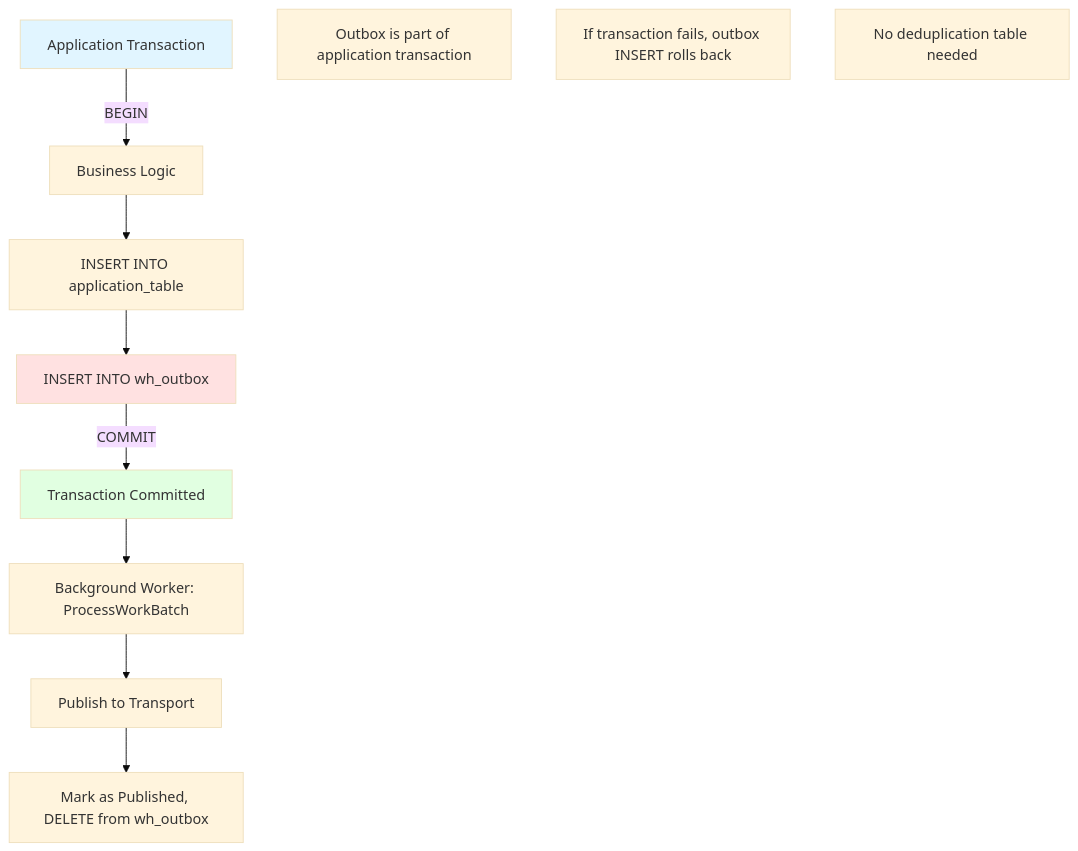
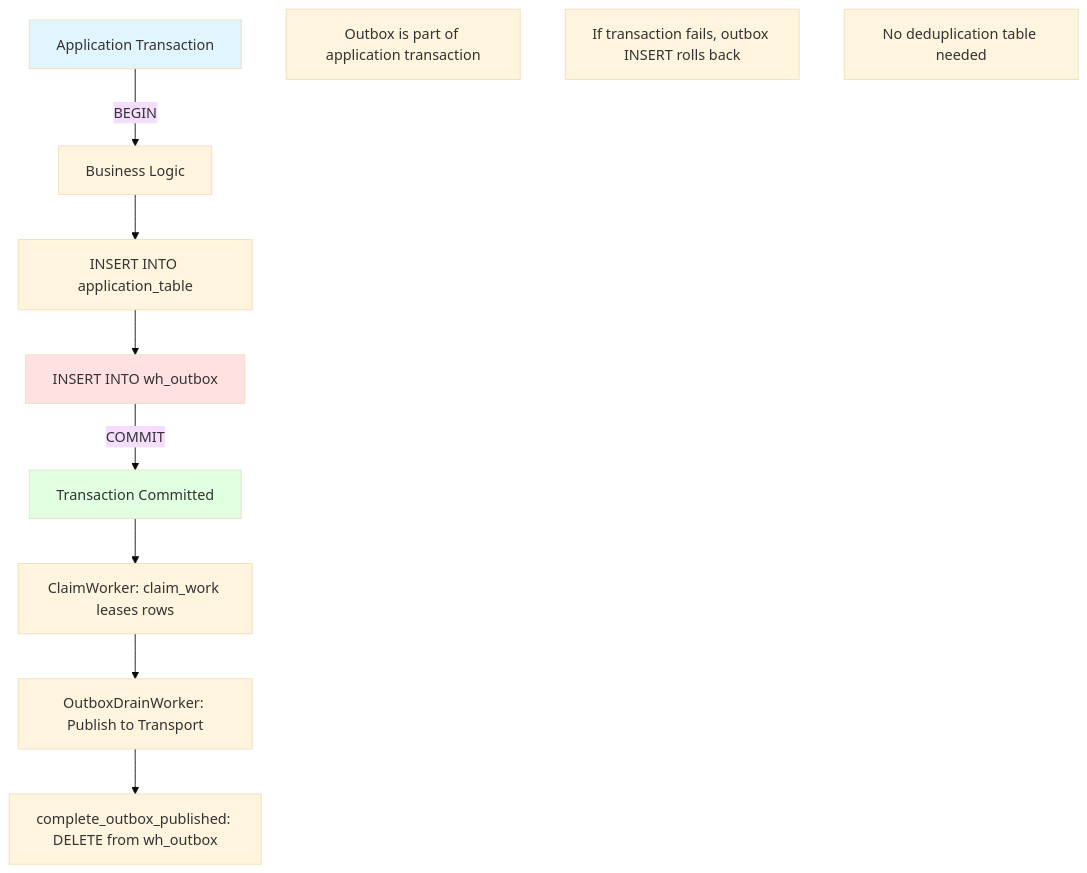
Before and after one commit to whizbang-lib/whizbang-lib.github.io: the ninth of 12 diagrams in src/assets/docs/v1.0.0/messaging/multi-instance-coordination.md, drawn with Mermaid (base theme). The commit also changed other lines of this file and 7 other files, not shown here.

````diff
--- a/src/assets/docs/v1.0.0/messaging/multi-instance-coordination.md
+++ b/src/assets/docs/v1.0.0/messaging/multi-instance-coordination.md
@@ -359,19 +368,19 @@
 ```mermaid
 graph TD
     A[Application Transaction] -->|BEGIN| B[Business Logic]
     B --> C[INSERT INTO application_table]
     C --> D[INSERT INTO wh_outbox]
     D -->|COMMIT| E[Transaction Committed]
 
-    E --> F[Background Worker: ProcessWorkBatch]
-    F --> G[Publish to Transport]
-    G --> H[Mark as Published, DELETE from wh_outbox]
+    E --> F[ClaimWorker: claim_work leases rows]
+    F --> G[OutboxDrainWorker: Publish to Transport]
+    G --> H[complete_outbox_published: DELETE from wh_outbox]
 
     style A fill:#e1f5ff
     style D fill:#ffe1e1
     style E fill:#e1ffe1
 
     Note1[Outbox is part of application transaction]
     Note2[If transaction fails, outbox INSERT rolls back]
     Note3[No deduplication table needed]
 ```
````
